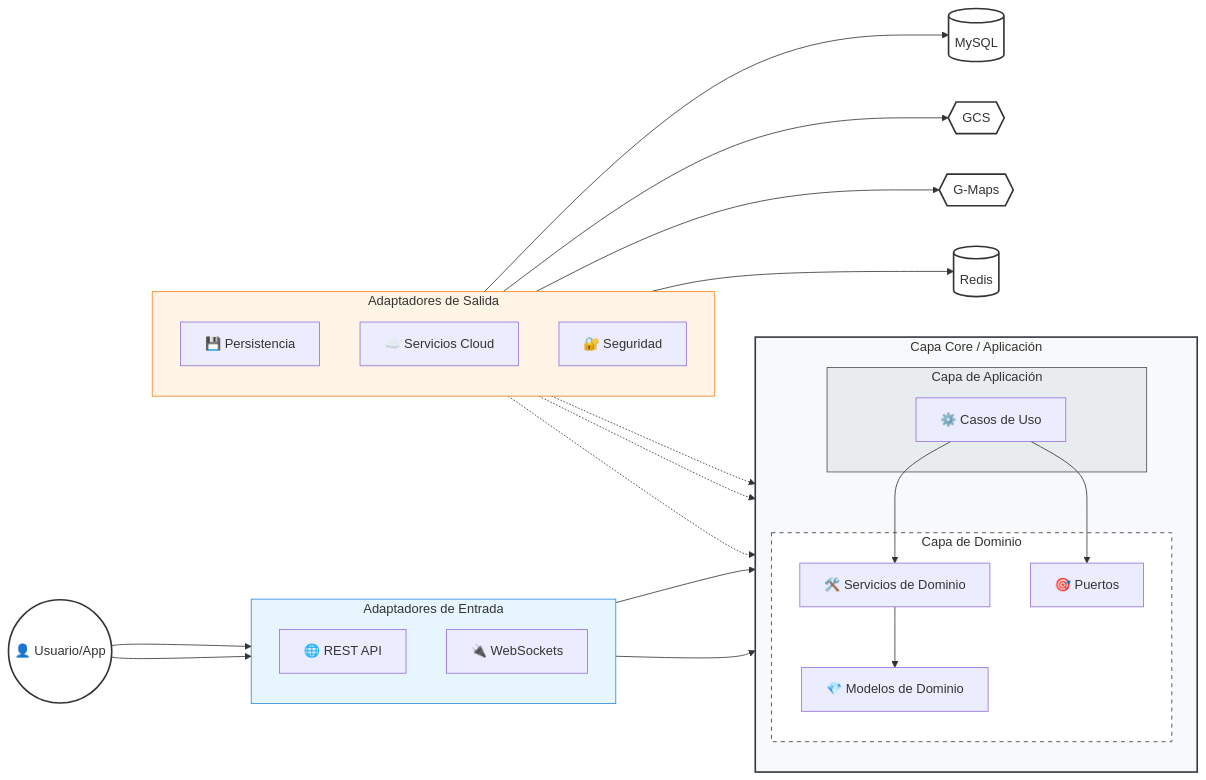
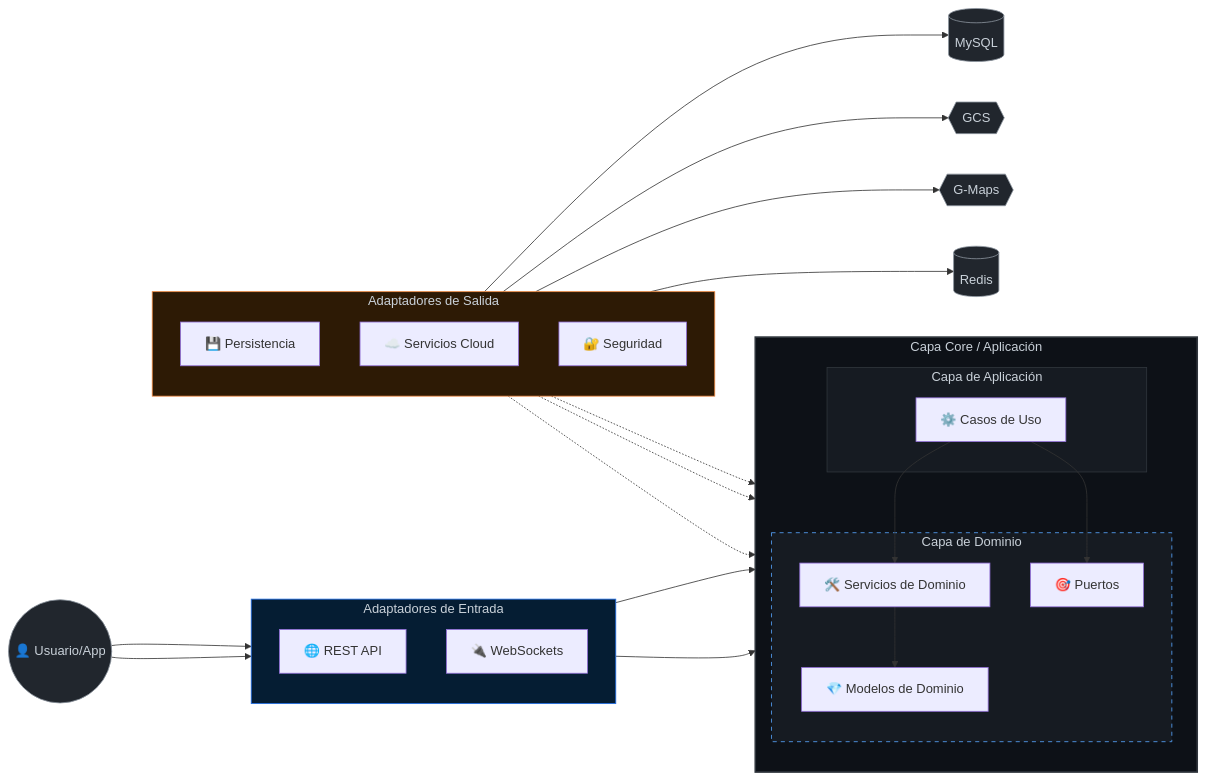
The first of 3 diagrams in README.es.md (fttmatteo/messenger-backend), drawn with Mermaid before and after one commit. The commit also changed other lines of this file and 4 other files, not shown here.

Commit message:
feat: conditionally set `ServiceDeliveryEntity` creation timestamp, improve test date handling for consistency, and update READMEs with new diagram styles and removed state flow.

````diff
--- a/README.es.md
+++ b/README.es.md
@@ -44,63 +44,63 @@
 ```mermaid
 graph LR
     %% Actores Externos
     USER((👤 Usuario/App))
     MAPS{{G-Maps}}
     GCS{{GCS}}
     DB[(MySQL)]
     REDIS[(Redis)]
 
     subgraph IN [Adaptadores de Entrada]
         direction TB
         REST[🌐 REST API]
         SOC[🔌 WebSockets]
     end
 
     subgraph CORE [Capa Core / Aplicación]
         direction TB
         subgraph APP [Capa de Aplicación]
             UC[⚙️ Casos de Uso]
         end
         subgraph DOMAIN [Capa de Dominio]
             SVC[🛠️ Servicios de Dominio]
             PORTS[🎯 Puertos]
             MODEL[💎 Modelos de Dominio]
         end
     end
 
     subgraph OUT [Adaptadores de Salida]
         direction TB
         PERS[💾 Persistencia]
         CLD[☁️ Servicios Cloud]
         SEC[🔐 Seguridad]
     end
 
     %% Flujo de Entrada
     USER --> REST & SOC
     REST & SOC --> UC
 
     %% Lógica de Aplicación
     UC --> SVC
     UC --> PORTS
     SVC --> MODEL
 
     %% Flujo de Salida (Inversión de Dependencia)
     PERS -.-> PORTS
     CLD -.-> PORTS
     SEC -.-> PORTS
 
     %% Conexiones de Infraestructura
     PERS --> DB
     CLD --> GCS & MAPS
     SEC --> REDIS
 
     %% Estilos
-    style CORE fill:#f8f9fa,stroke:#343a40,stroke-width:2px
-    style DOMAIN fill:#ffffff,stroke:#343a40,stroke-dasharray: 5 5
-    style APP fill:#e9ecef,stroke:#495057
-    style IN fill:#e7f5ff,stroke:#228be6
-    style OUT fill:#fff4e6,stroke:#fd7e14
+    style CORE fill:#0d1117,stroke:#30363d,stroke-width:2px,color:#c9d1d9
+    style DOMAIN fill:#161b22,stroke:#58a6ff,stroke-dasharray: 5 5,color:#c9d1d9
+    style APP fill:#161b22,stroke:#30363d,color:#c9d1d9
+    style IN fill:#051d33,stroke:#1f6feb,color:#c9d1d9
+    style OUT fill:#2d1a05,stroke:#f0883e,color:#c9d1d9
     
-    classDef actor fill:#fff,stroke:#333,stroke-width:2px
+    classDef actor fill:#21262d,stroke:#8b949e,color:#c9d1d9
     class USER,MAPS,GCS,DB,REDIS actor
 ```
````
